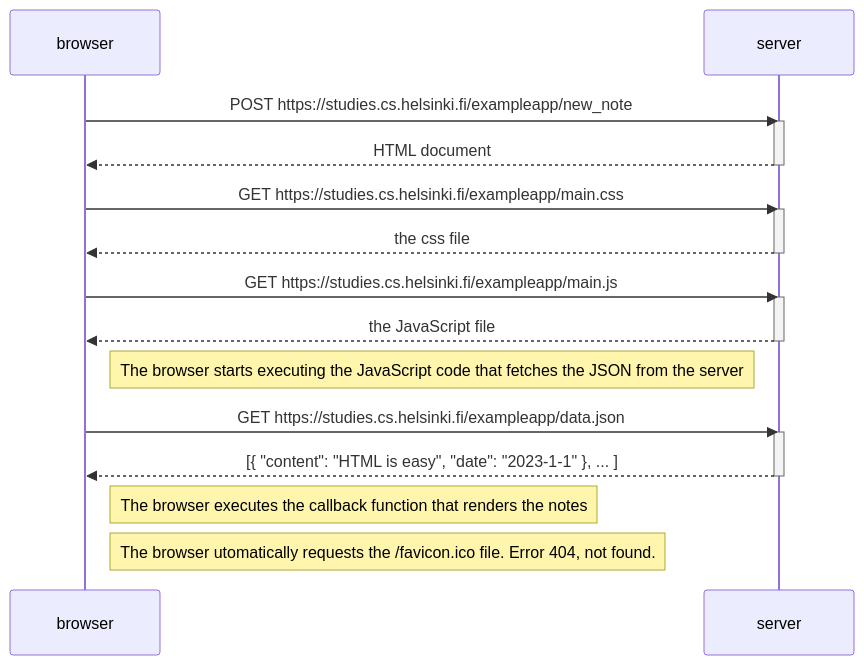
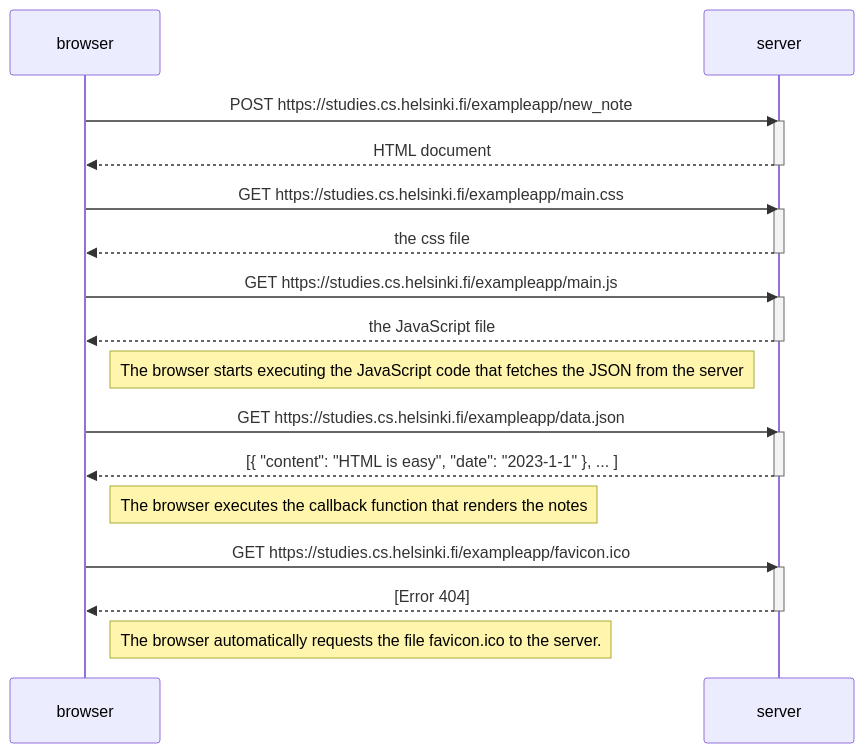
One commit to Temistocles17/Temistocles17.github.io changed the diagram in Readme.md. Above: the diagram before and after it, drawn with Mermaid.

````diff
--- a/Readme.md
+++ b/Readme.md
@@ -1,32 +1,37 @@
 ```mermaid
 sequenceDiagram
     participant browser
     participant server
 
     browser->>server: POST https://studies.cs.helsinki.fi/exampleapp/new_note
     activate server
     server-->>browser: HTML document
     deactivate server
 
     browser->>server: GET https://studies.cs.helsinki.fi/exampleapp/main.css
     activate server
     server-->>browser: the css file
     deactivate server
 
     browser->>server: GET https://studies.cs.helsinki.fi/exampleapp/main.js
     activate server
     server-->>browser: the JavaScript file
     deactivate server
 
     Note right of browser: The browser starts executing the JavaScript code that fetches the JSON from the server
 
     browser->>server: GET https://studies.cs.helsinki.fi/exampleapp/data.json
     activate server
     server-->>browser: [{ "content": "HTML is easy", "date": "2023-1-1" }, ... ]
     deactivate server
 
     Note right of browser: The browser executes the callback function that renders the notes
 
-    Note right of browser: The browser utomatically requests the /favicon.ico file. Error 404, not found.
+    browser->>server: GET https://studies.cs.helsinki.fi/exampleapp/favicon.ico
+    activate server
+    server-->>browser: [Error 404]
+    deactivate server
+
+    Note right of browser: The browser automatically requests the file favicon.ico to the server. 
 
 ```
````
